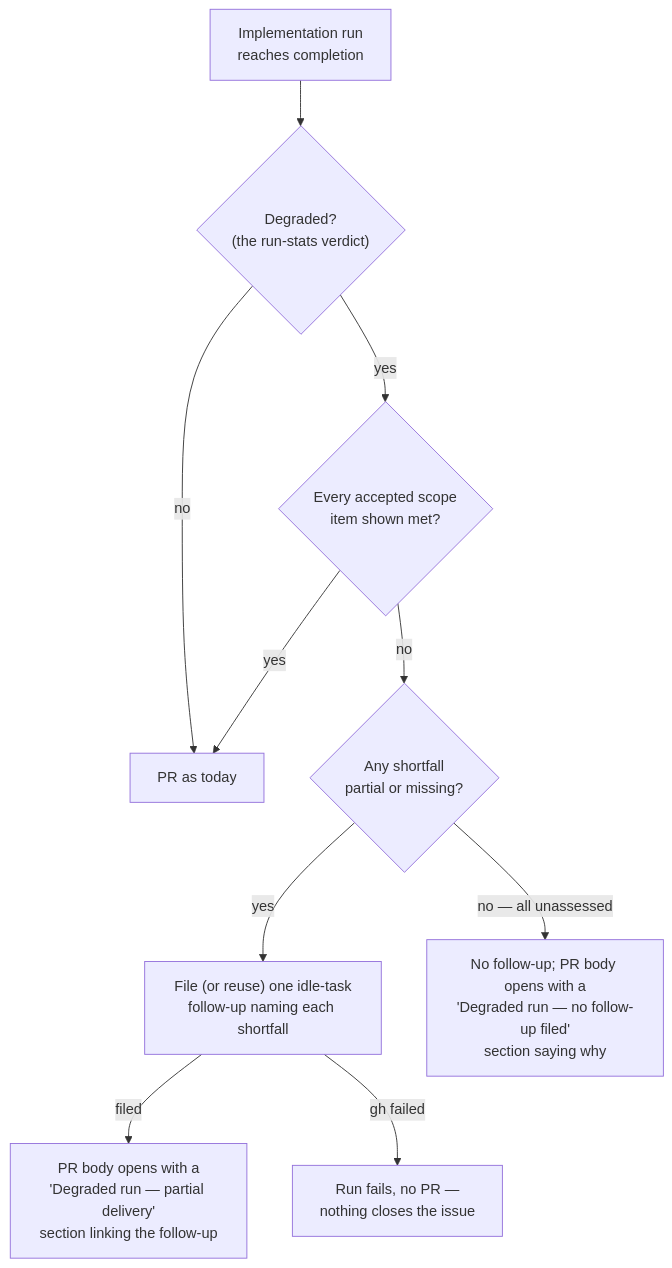
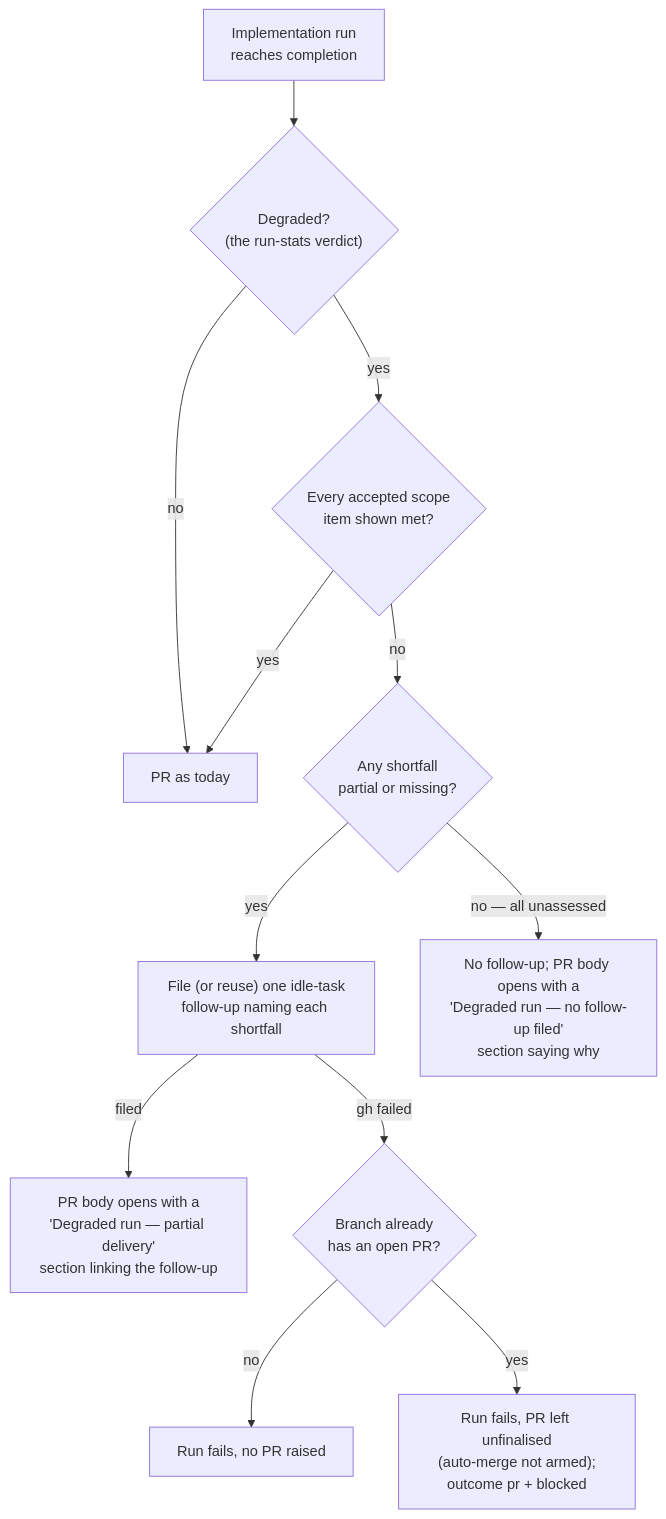
One commit to stSoftwareAU/VibeCoder changed diagram 17 of 21 in docs/workflows/issue-processing.md. Above: the diagram before and after it, drawn with Mermaid.

Commit message:
Show both filing-failure outcomes on the degraded-run flowchart (Issue #3092).
A failed follow-up on an existing PR leaves that PR open and unfinalised. The chart still said the run raised no PR.

````diff
--- a/docs/workflows/issue-processing.md
+++ b/docs/workflows/issue-processing.md
@@ -1370,12 +1370,14 @@
 ```mermaid
 flowchart TD
     R["Implementation run<br/>reaches completion"] --> D{"Degraded?<br/>(the run-stats verdict)"}
     D -- no --> P["PR as today"]
     D -- yes --> S{"Every accepted scope<br/>item shown met?"}
     S -- yes --> P
     S -- no --> G{"Any shortfall<br/>partial or missing?"}
     G -- yes --> F["File (or reuse) one idle-task<br/>follow-up naming each shortfall"]
     F -- filed --> B["PR body opens with a<br/>'Degraded run — partial delivery'<br/>section linking the follow-up"]
-    F -- "gh failed" --> X["Run fails, no PR —<br/>nothing closes the issue"]
+    F -- "gh failed" --> Q{"Branch already<br/>has an open PR?"}
+    Q -- no --> X["Run fails, no PR raised"]
+    Q -- yes --> Y["Run fails, PR left unfinalised<br/>(auto-merge not armed);<br/>outcome pr + blocked"]
     G -- "no — all unassessed" --> N["No follow-up; PR body opens with a<br/>'Degraded run — no follow-up filed'<br/>section saying why"]
 ```
````
